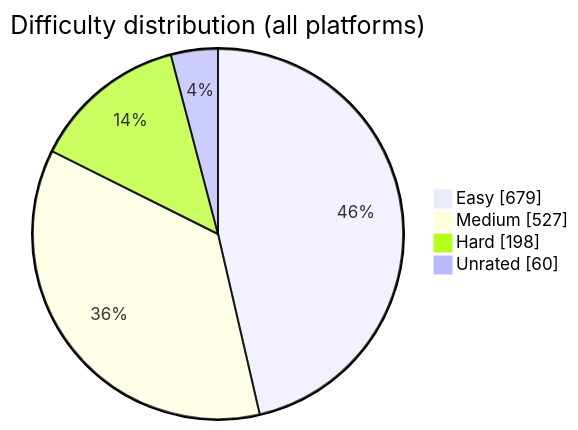
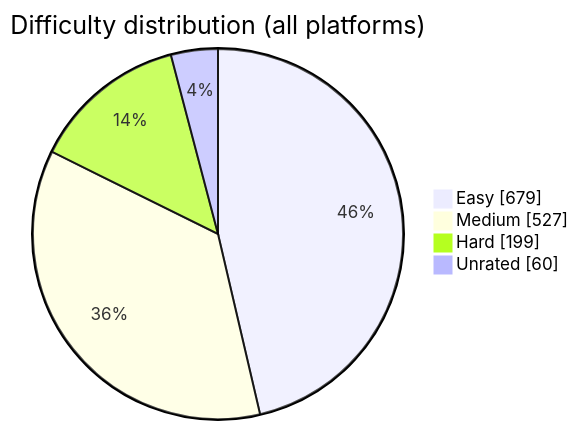
Before and after one commit to BuildbyArindam/Daily-Coding-Log: the diagram in README.md, drawn with Mermaid. The commit also changed other lines of this file, not shown here.

````diff
--- a/README.md
+++ b/README.md
@@ -93,7 +93,7 @@
 ```mermaid
 pie showData title Difficulty distribution (all platforms)
     "Easy" : 679
     "Medium" : 527
-    "Hard" : 198
+    "Hard" : 199
     "Unrated" : 60
 ```
````
